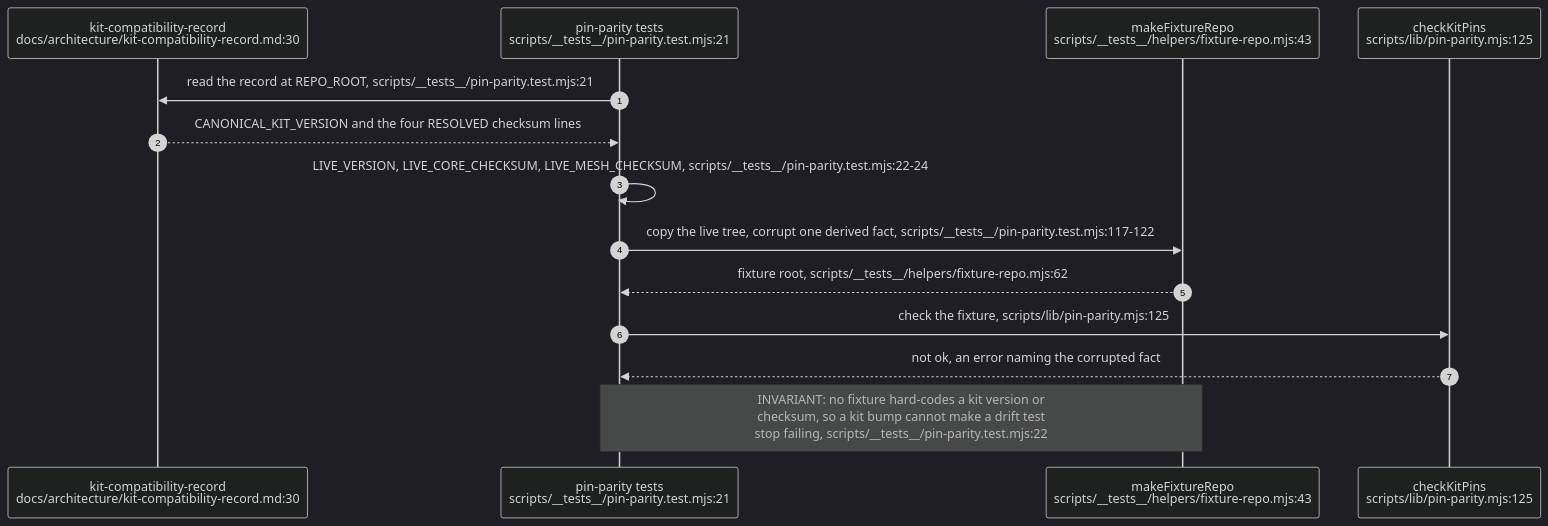
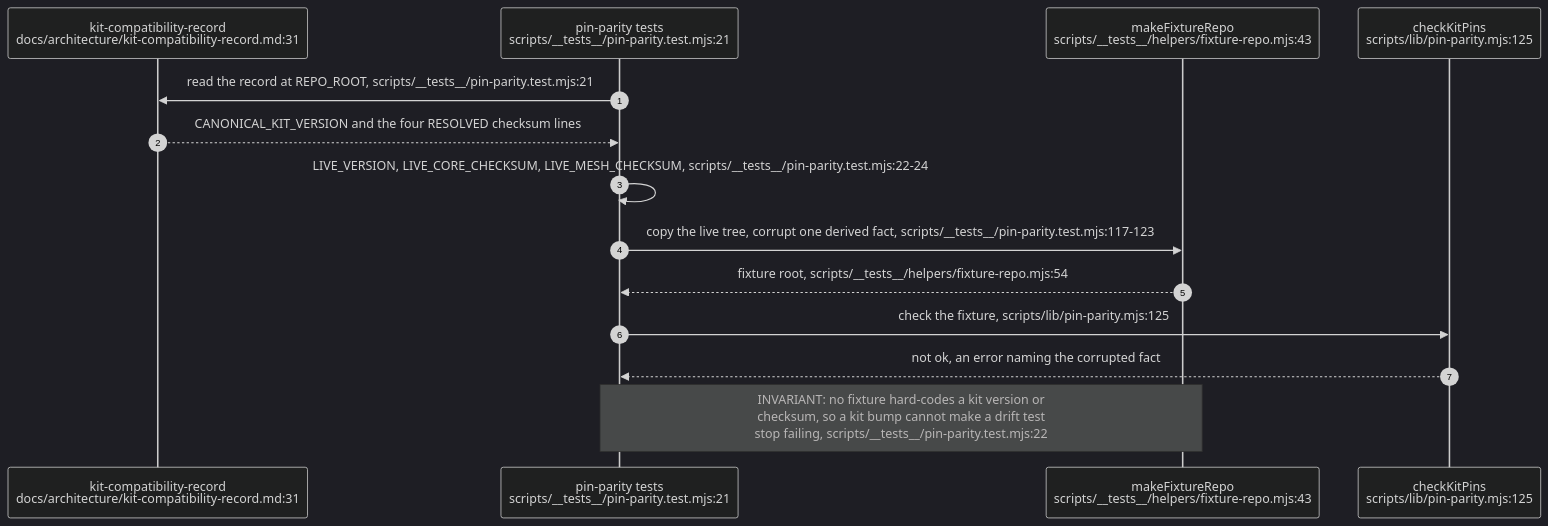
Before and after one commit to DreamLab-AI/VisionFlow: the fifth of 5 diagrams in docs/diagrams/dreamlab-ai-website/05-ci-gates-rust-ci-kit-pin-playwright.md, drawn with Mermaid (dark theme). The commit also changed other lines of this file and 111 other files, not shown here.

Commit message:
docs(diagrams): align estate maps with current source

````diff
--- a/docs/diagrams/dreamlab-ai-website/05-ci-gates-rust-ci-kit-pin-playwright.md
+++ b/docs/diagrams/dreamlab-ai-website/05-ci-gates-rust-ci-kit-pin-playwright.md
@@ -101,16 +101,16 @@
 ```mermaid
 sequenceDiagram
     autonumber
-    participant REC as kit-compatibility-record<br/>docs/architecture/kit-compatibility-record.md:30
+    participant REC as kit-compatibility-record<br/>docs/architecture/kit-compatibility-record.md:31
     participant PP as pin-parity tests<br/>scripts/__tests__/pin-parity.test.mjs:21
     participant FX as makeFixtureRepo<br/>scripts/__tests__/helpers/fixture-repo.mjs:43
     participant CK as checkKitPins<br/>scripts/lib/pin-parity.mjs:125
     PP->>REC: read the record at REPO_ROOT, scripts/__tests__/pin-parity.test.mjs:21
     REC-->>PP: CANONICAL_KIT_VERSION and the four RESOLVED checksum lines
     PP->>PP: LIVE_VERSION, LIVE_CORE_CHECKSUM, LIVE_MESH_CHECKSUM, scripts/__tests__/pin-parity.test.mjs:22-24
-    PP->>FX: copy the live tree, corrupt one derived fact, scripts/__tests__/pin-parity.test.mjs:117-122
-    FX-->>PP: fixture root, scripts/__tests__/helpers/fixture-repo.mjs:62
+    PP->>FX: copy the live tree, corrupt one derived fact, scripts/__tests__/pin-parity.test.mjs:117-123
+    FX-->>PP: fixture root, scripts/__tests__/helpers/fixture-repo.mjs:54
     PP->>CK: check the fixture, scripts/lib/pin-parity.mjs:125
     CK-->>PP: not ok, an error naming the corrupted fact
     Note over PP,FX: INVARIANT: no fixture hard-codes a kit version or<br/>checksum, so a kit bump cannot make a drift test<br/>stop failing, scripts/__tests__/pin-parity.test.mjs:22
 ```
````
